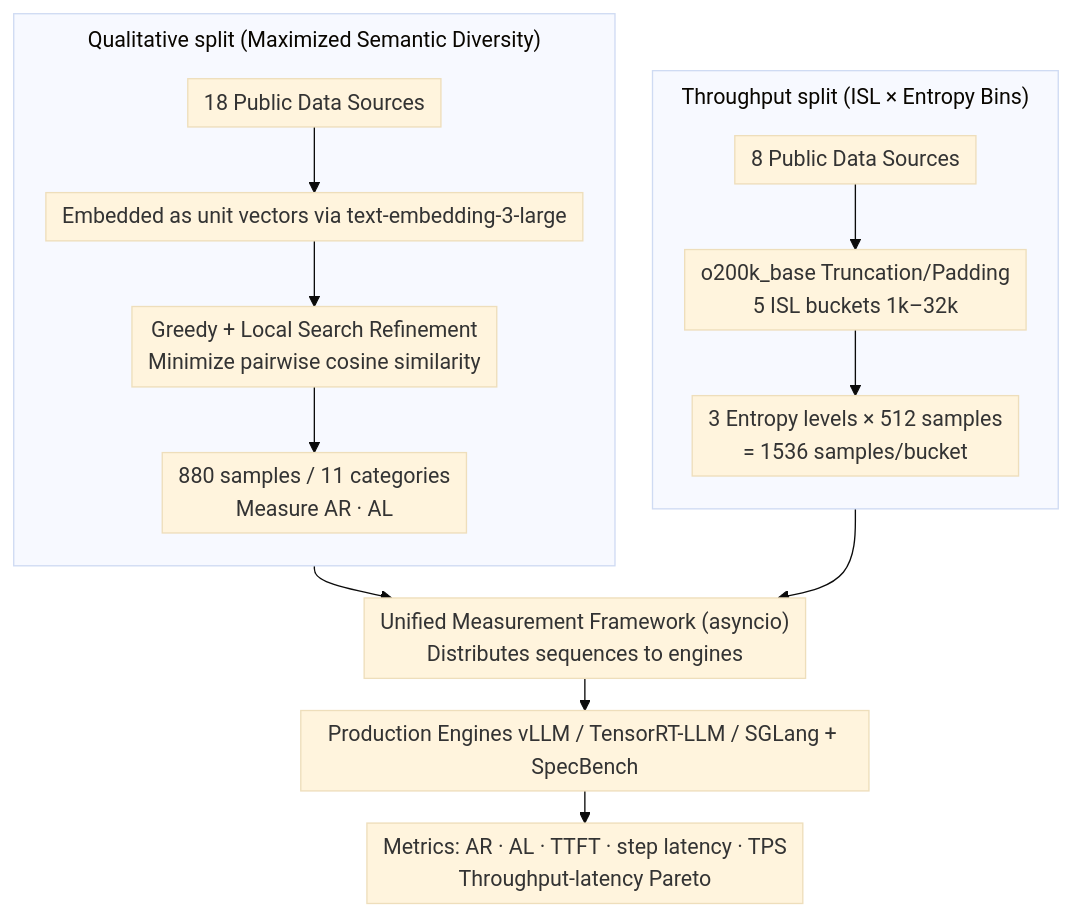
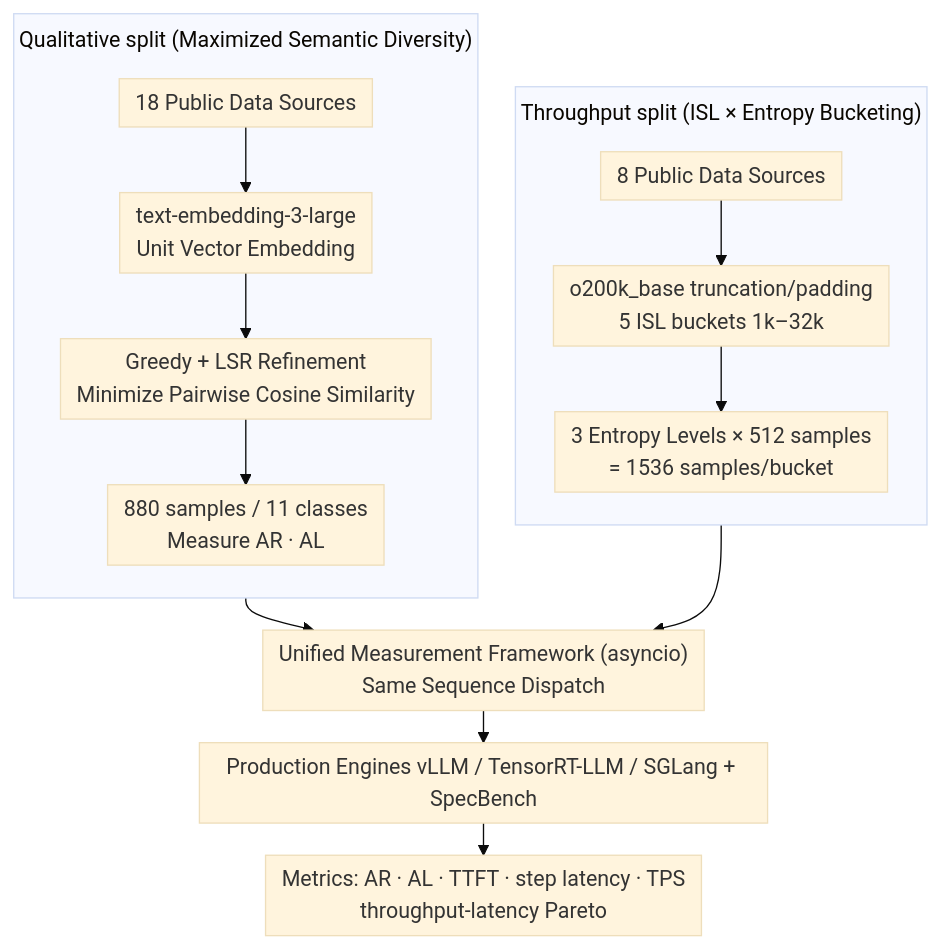
The diagram in docs/ICML2026/model_compression/speed-bench_a_unified_and_diverse_benchmark_for_speculative_decoding.md (zhaoyang97/Paper-Notes-en), drawn with Mermaid (base theme) before and after one commit. The commit also changed other lines of this file and 5084 other files, not shown here.

````diff
--- a/docs/ICML2026/model_compression/speed-bench_a_unified_and_diverse_benchmark_for_speculative_decoding.md
+++ b/docs/ICML2026/model_compression/speed-bench_a_unified_and_diverse_benchmark_for_speculative_decoding.md
@@ -43,19 +43,19 @@
 ```mermaid
 %%{init: {'flowchart': {'rankSpacing': 24, 'nodeSpacing': 28, 'padding': 6, 'wrappingWidth': 400, 'subGraphTitleMargin': {'top': 8, 'bottom': 16}}}}%%
 flowchart TD
     subgraph QUAL["Qualitative split (Maximized Semantic Diversity)"]
         direction TB
-        Q1["18 Public Data Sources"] --> Q2["Embedded as unit vectors via text-embedding-3-large"]
-        Q2 --> Q3["Greedy + Local Search Refinement<br/>Minimize pairwise cosine similarity"]
-        Q3 --> Q4["880 samples / 11 categories<br/>Measure AR · AL"]
+        Q1["18 Public Data Sources"] --> Q2["text-embedding-3-large<br/>Unit Vector Embedding"]
+        Q2 --> Q3["Greedy + LSR Refinement<br/>Minimize Pairwise Cosine Similarity"]
+        Q3 --> Q4["880 samples / 11 classes<br/>Measure AR · AL"]
     end
-    subgraph THRU["Throughput split (ISL × Entropy Bins)"]
+    subgraph THRU["Throughput split (ISL × Entropy Bucketing)"]
         direction TB
-        T1["8 Public Data Sources"] --> T2["o200k_base Truncation/Padding<br/>5 ISL buckets 1k–32k"]
-        T2 --> T3["3 Entropy levels × 512 samples<br/>= 1536 samples/bucket"]
+        T1["8 Public Data Sources"] --> T2["o200k_base truncation/padding<br/>5 ISL buckets 1k–32k"]
+        T2 --> T3["3 Entropy Levels × 512 samples<br/>= 1536 samples/bucket"]
     end
-    QUAL --> M["Unified Measurement Framework (asyncio)<br/>Distributes sequences to engines"]
+    QUAL --> M["Unified Measurement Framework (asyncio)<br/>Same Sequence Dispatch"]
     THRU --> M
     M --> ENG["Production Engines vLLM / TensorRT-LLM / SGLang + SpecBench"]
-    ENG --> OUT["Metrics: AR · AL · TTFT · step latency · TPS<br/>Throughput-latency Pareto"]
+    ENG --> OUT["Metrics: AR · AL · TTFT · step latency · TPS<br/>throughput-latency Pareto"]
 ```
````
